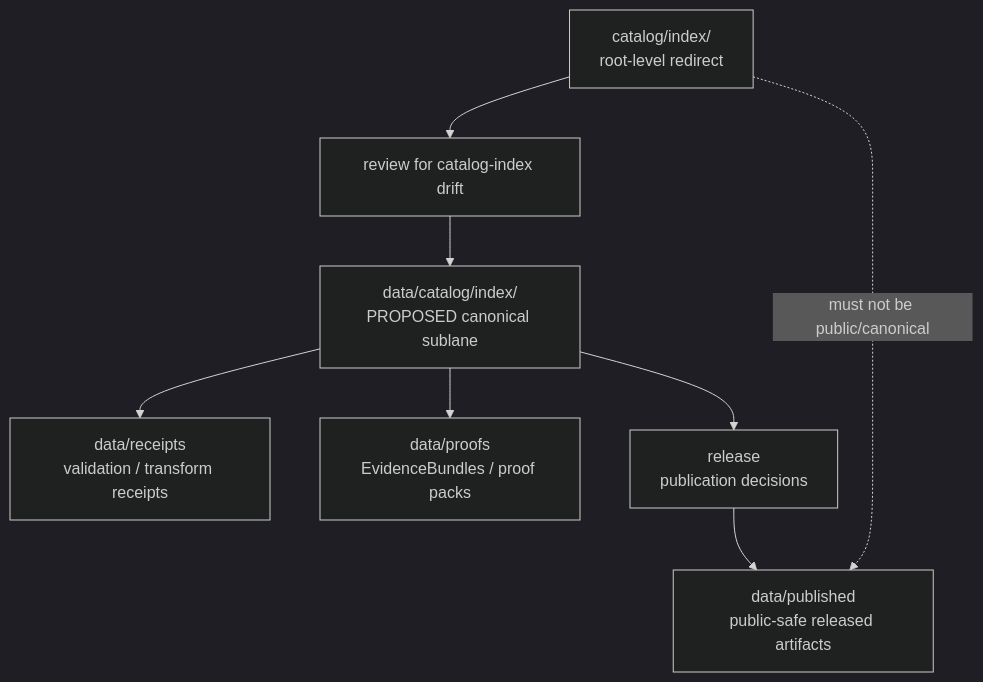
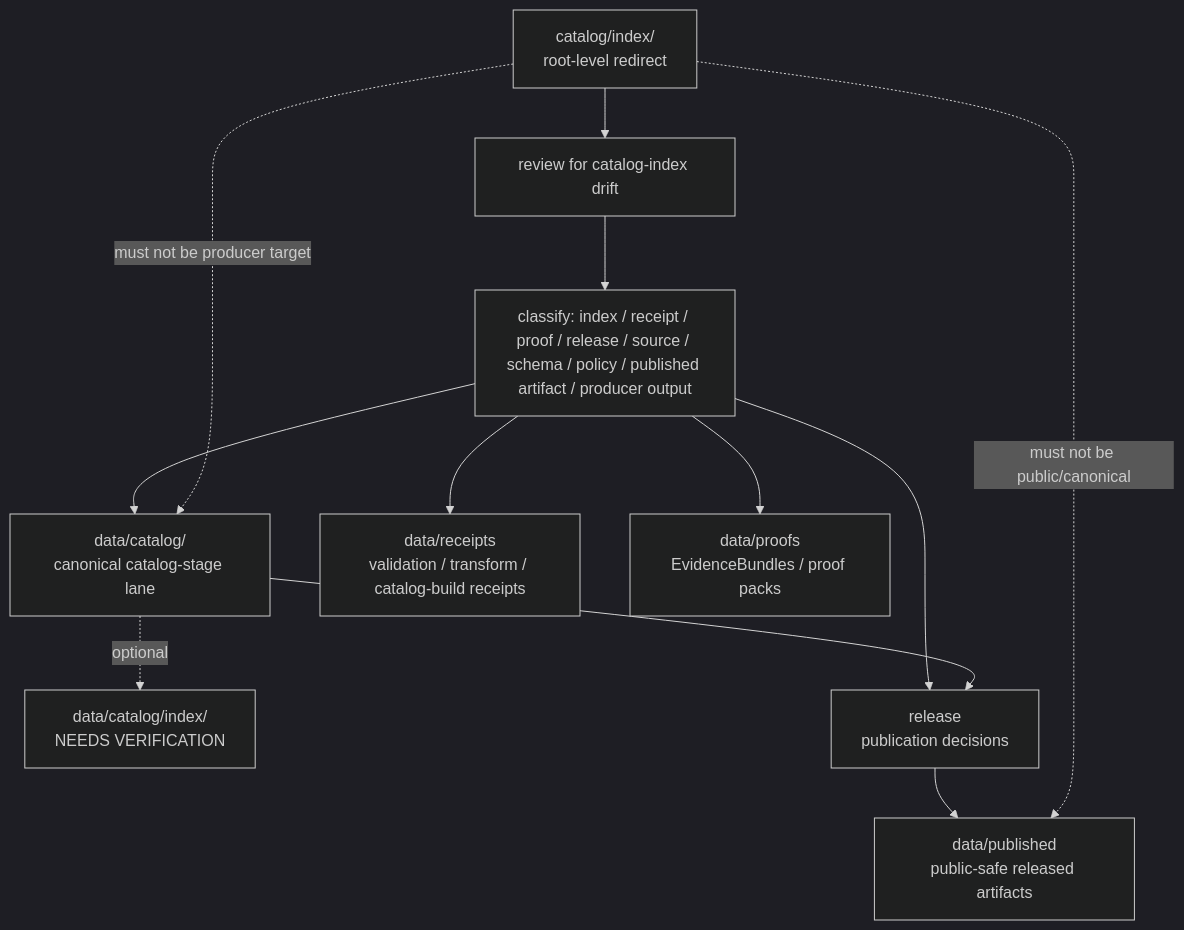
The diagram in catalog/index/README.md (bartytime4life/Kansas-Frontier-Matrix), drawn with Mermaid (dark theme) before and after one commit. The commit also changed other lines of this file, not shown here.

Commit message:
docs: update catalog index redirect readme

````diff
--- a/catalog/index/README.md
+++ b/catalog/index/README.md
@@ -156,10 +236,14 @@
 ```mermaid
 flowchart TD
     wrong["catalog/index/\nroot-level redirect"] --> review["review for catalog-index drift"]
-    review --> canonical["data/catalog/index/\nPROPOSED canonical sublane"]
-    canonical --> receipts["data/receipts\nvalidation / transform receipts"]
-    canonical --> proofs["data/proofs\nEvidenceBundles / proof packs"]
-    canonical --> release["release\npublication decisions"]
+    review --> classify["classify: index / receipt / proof / release / source / schema / policy / published artifact / producer output"]
+    classify --> canonical["data/catalog/\ncanonical catalog-stage lane"]
+    canonical -. optional .-> sublane["data/catalog/index/\nNEEDS VERIFICATION"]
+    classify --> receipts["data/receipts\nvalidation / transform / catalog-build receipts"]
+    classify --> proofs["data/proofs\nEvidenceBundles / proof packs"]
+    classify --> release["release\npublication decisions"]
     release --> published["data/published\npublic-safe released artifacts"]
+    canonical --> release
     wrong -. "must not be public/canonical" .-> published
+    wrong -. "must not be producer target" .-> canonical
 ```
````
